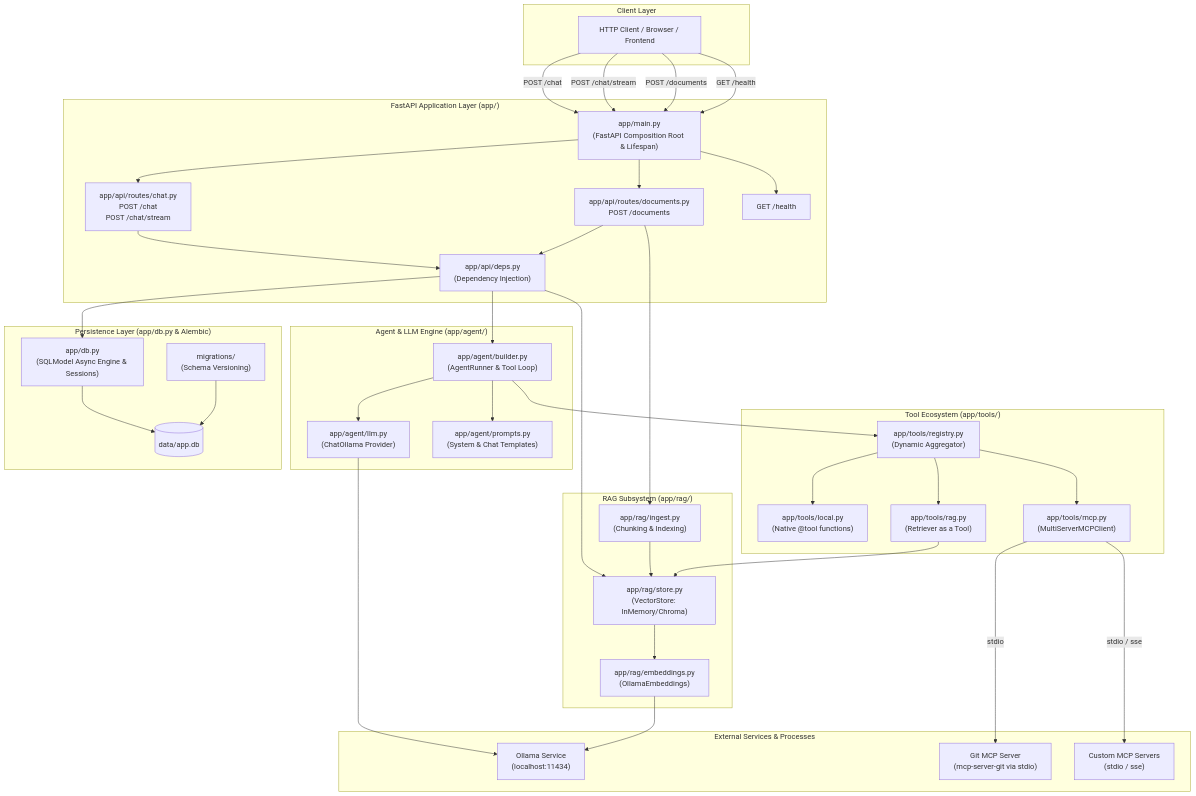
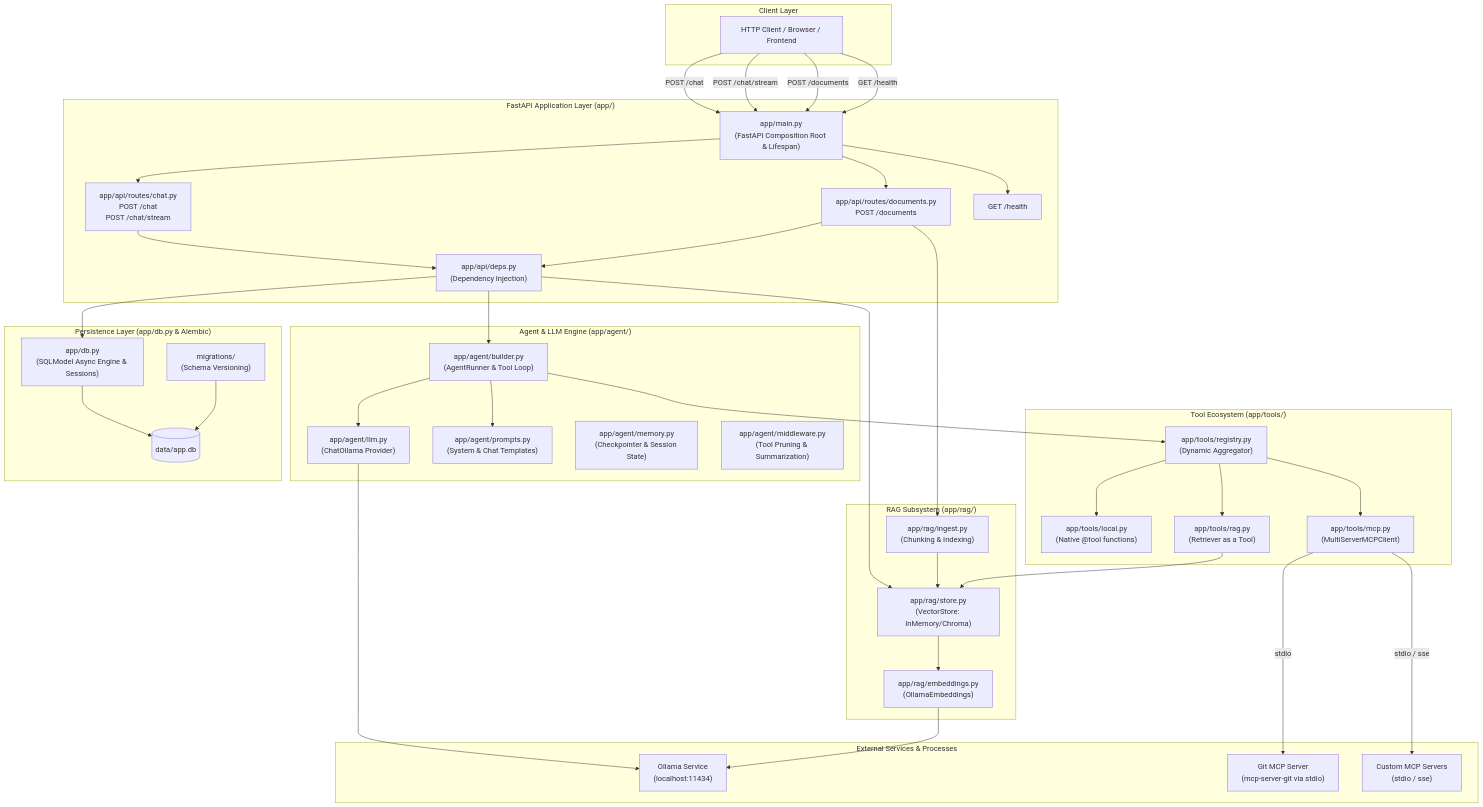
Before and after one commit to SankalpPimpalkar/ai-agent: the first of 3 diagrams in ARCHITECTURE.md, drawn with Mermaid. The commit also changed other lines of this file and 8 other files, not shown here.

Commit message:
feat: add persistent memory, context middleware, and session support to agent runner

```diff
--- a/ARCHITECTURE.md
+++ b/ARCHITECTURE.md
@@ -24,6 +24,8 @@
         Builder["app/agent/builder.py\n(AgentRunner & Tool Loop)"]
         LLM["app/agent/llm.py\n(ChatOllama Provider)"]
         Prompts["app/agent/prompts.py\n(System & Chat Templates)"]
+        Memory["app/agent/memory.py\n(Checkpointer & Session State)"]
+        Middleware["app/agent/middleware.py\n(Tool Pruning & Summarization)"]
     end
 
     subgraph ToolLayer["Tool Ecosystem (app/tools/)"]
```
